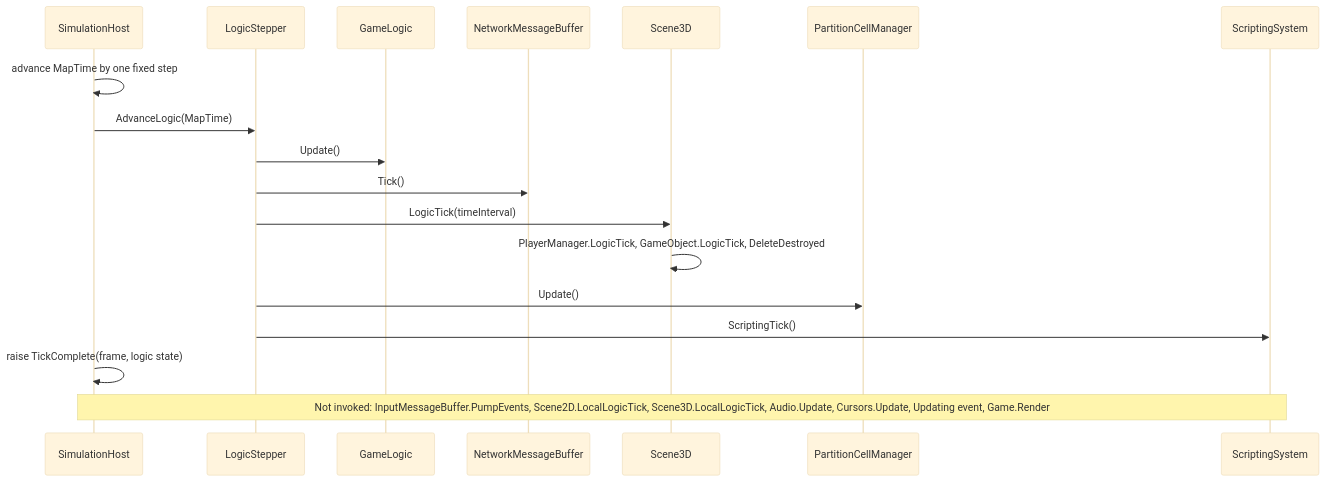
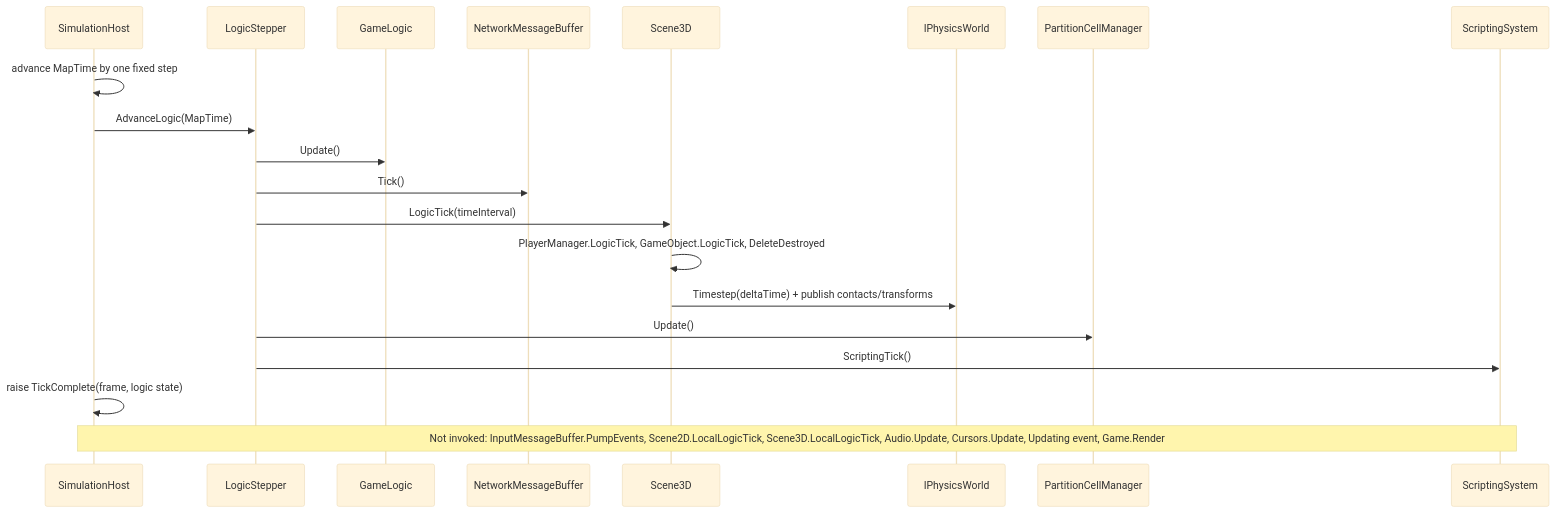
One commit to rmessinger/Panopticon changed the second of 3 diagrams in docs/roadmap/deep-dives/a1-headless-host.md. Above: the diagram before and after it, drawn with Mermaid (base theme). The commit also changed other lines of this file and 15 other files, not shown here.

First line of the commit message:
docs: expand Bepu object physics roadmap

````diff
--- a/docs/roadmap/deep-dives/a1-headless-host.md
+++ b/docs/roadmap/deep-dives/a1-headless-host.md
@@ -214,21 +216,23 @@
 ```mermaid
 sequenceDiagram
   participant Host as SimulationHost
   participant Stepper as LogicStepper
   participant GL as GameLogic
   participant NMB as NetworkMessageBuffer
   participant S3D as Scene3D
+  participant PW as IPhysicsWorld
   participant PCM as PartitionCellManager
   participant Scr as ScriptingSystem
 
   Host->>Host: advance MapTime by one fixed step
   Host->>Stepper: AdvanceLogic(MapTime)
   Stepper->>GL: Update()
   Stepper->>NMB: Tick()
   Stepper->>S3D: LogicTick(timeInterval)
   S3D->>S3D: PlayerManager.LogicTick, GameObject.LogicTick, DeleteDestroyed
+  S3D->>PW: Timestep(deltaTime) + publish contacts/transforms
   Stepper->>PCM: Update()
   Stepper->>Scr: ScriptingTick()
   Host->>Host: raise TickComplete(frame, logic state)
   Note over Host,Scr: Not invoked: InputMessageBuffer.PumpEvents, Scene2D.LocalLogicTick, Scene3D.LocalLogicTick, Audio.Update, Cursors.Update, Updating event, Game.Render
 ```
````
